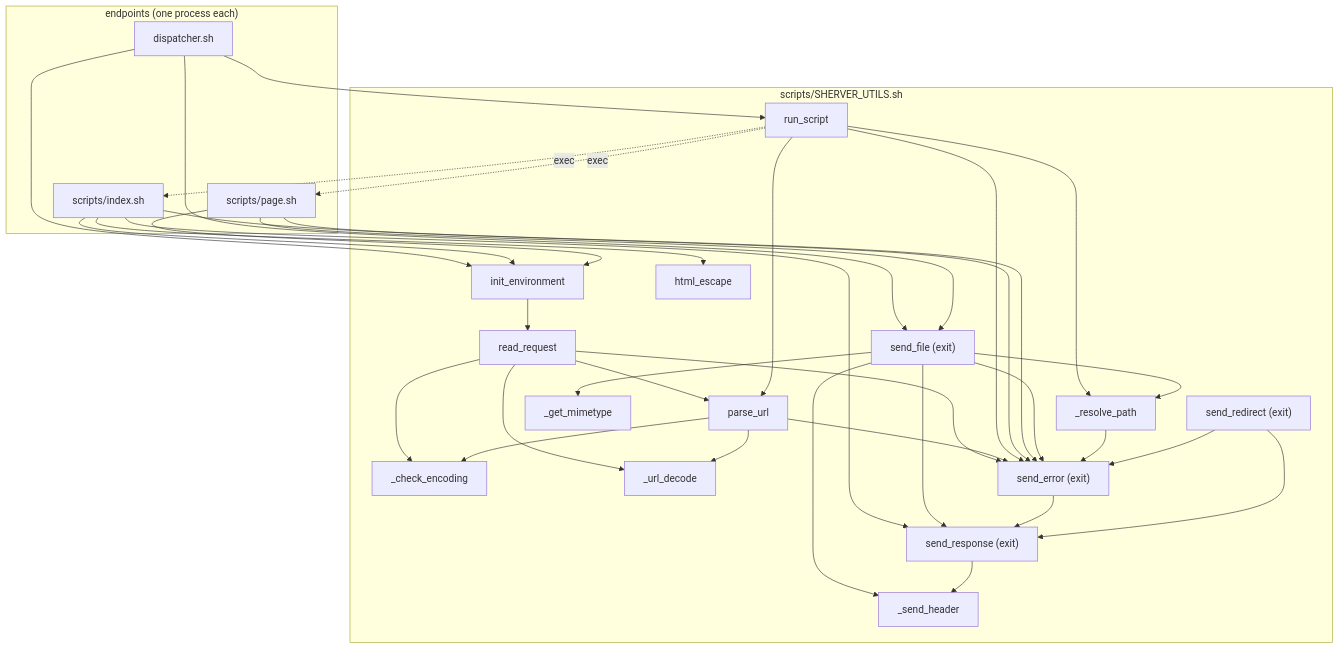
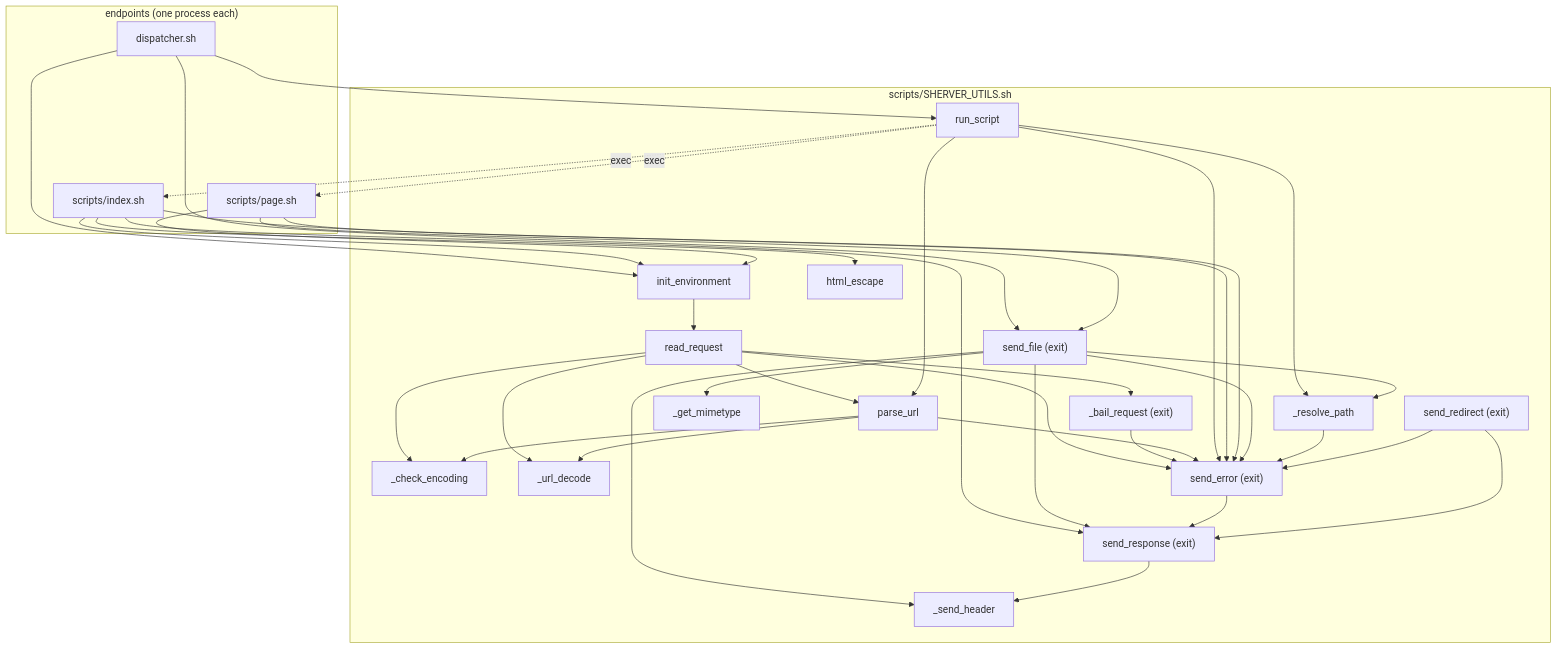
One commit to remileduc/sherver changed the diagram in docs/call-graph.md. Above: the diagram before and after it, drawn with Mermaid. The commit also changed other lines of this file and 3 other files, not shown here.

````diff
--- a/docs/call-graph.md
+++ b/docs/call-graph.md
@@ -33,63 +33,66 @@
 ```mermaid
 flowchart TD
     subgraph endpoints ["endpoints (one process each)"]
         dispatcher[dispatcher.sh]
         index[scripts/index.sh]
         page[scripts/page.sh]
     end
 
     subgraph library ["scripts/SHERVER_UTILS.sh"]
         init_environment
         read_request
+        bail_request["_bail_request (exit)"]
         parse_url
         check_encoding[_check_encoding]
         url_decode[_url_decode]
         resolve_path[_resolve_path]
         get_mimetype[_get_mimetype]
         html_escape
         send_header[_send_header]
         send_response["send_response (exit)"]
         send_file["send_file (exit)"]
         send_error["send_error (exit)"]
         send_redirect["send_redirect (exit)"]
         run_script
     end
 
     dispatcher --> init_environment
     dispatcher --> send_file
     dispatcher --> run_script
 
     init_environment --> read_request
+    read_request --> bail_request
     read_request --> check_encoding
     read_request --> parse_url
     read_request --> url_decode
     read_request --> send_error
+    bail_request --> send_error
     parse_url --> check_encoding
     parse_url --> url_decode
     parse_url --> send_error
 
     run_script --> parse_url
     run_script --> resolve_path
     run_script --> send_error
     run_script -. exec .-> index
     run_script -. exec .-> page
 
     index --> init_environment
     index --> html_escape
     index --> send_response
     index --> send_error
     page --> init_environment
     page --> send_error
     page --> send_file
 
     send_file --> resolve_path
     send_file --> get_mimetype
     send_file --> send_response
     send_file --> send_header
     send_file --> send_error
     resolve_path --> send_error
     send_error --> send_response
     send_redirect --> send_response
     send_redirect --> send_error
     send_response --> send_header
 ```
````
